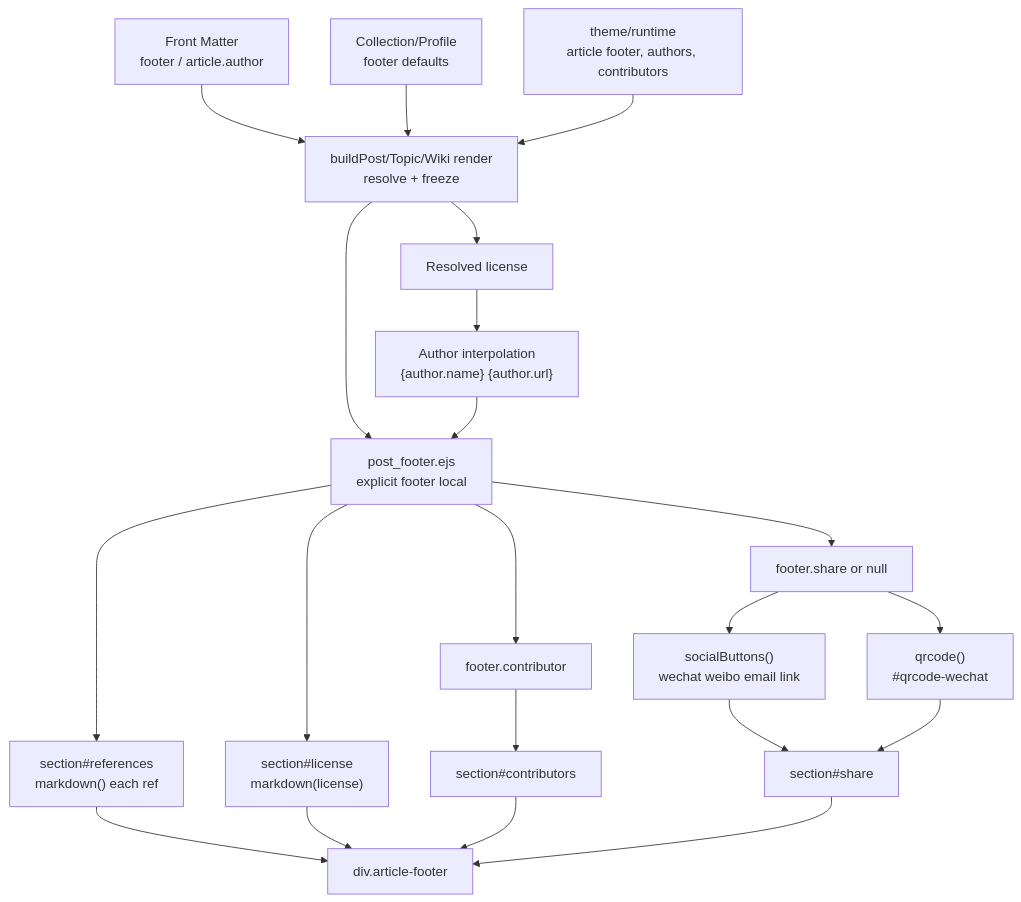
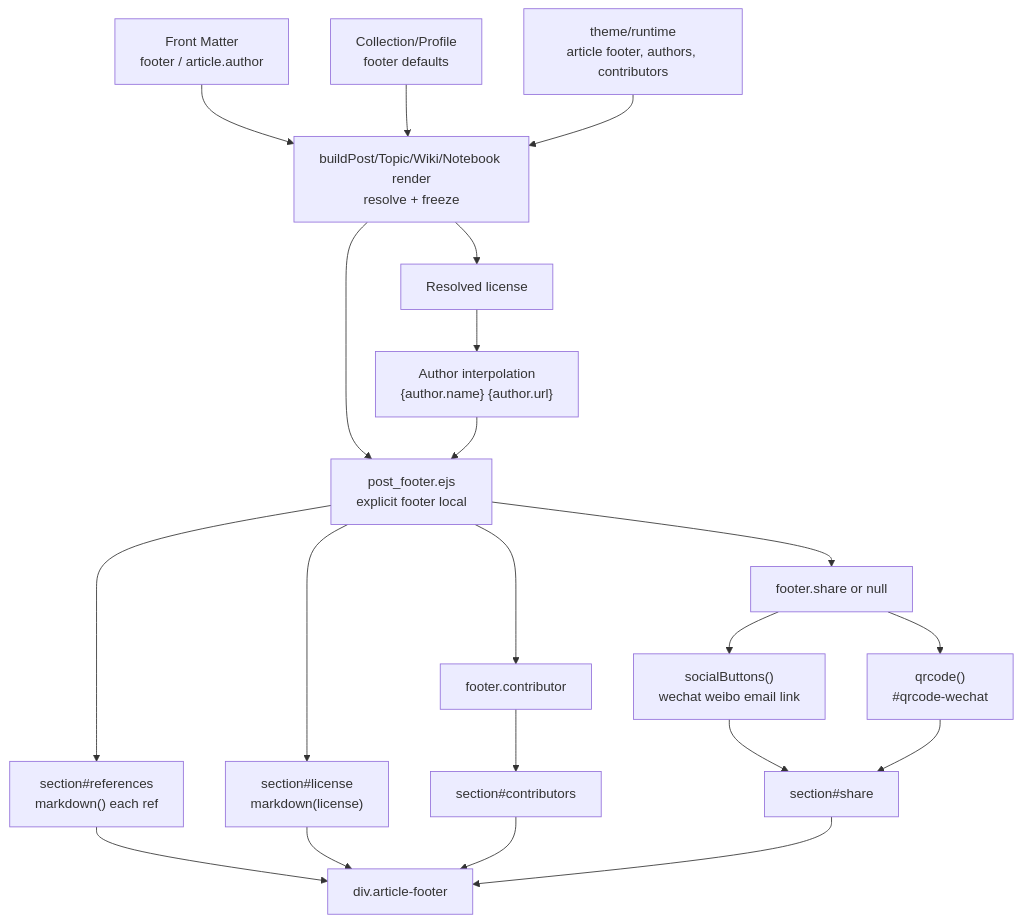
Before and after one commit to xaoxuu/hexo-theme-stellar: the fourth of 4 diagrams in docs/knowledge/03-内容系统/article-footer-metadata.md, drawn with Mermaid. The commit also changed other lines of this file and 44 other files, not shown here.

````diff
--- a/docs/knowledge/03-内容系统/article-footer-metadata.md
+++ b/docs/knowledge/03-内容系统/article-footer-metadata.md
@@ -272,33 +272,33 @@
 ```mermaid
 flowchart TD
   pageData["Front Matter\nfooter / article.author"]
   collection["Collection/Profile\nfooter defaults"]
   themeConfig["theme/runtime\narticle footer, authors, contributors"]
-  model["buildPost/Topic/Wiki render\nresolve + freeze"]
+  model["buildPost/Topic/Wiki/Notebook render\nresolve + freeze"]
   ejs["post_footer.ejs\nexplicit footer local"]
 
   secRef["section#references\nmarkdown() each ref"]
   licResolve["Resolved license"]
   authorInterp["Author interpolation\n{author.name} {author.url}"]
   secLic["section#license\nmarkdown(license)"]
   contribPartial["footer.contributor"]
   secCon["section#contributors"]
   shareVis["footer.share or null"]
   socialBtns["socialButtons()\nwechat weibo email link"]
   qrcode["qrcode()\n#qrcode-wechat"]
   secShr["section#share"]
   output["div.article-footer"]
 
   pageData --> model
   collection --> model
   themeConfig --> model
   model --> ejs
   ejs --> secRef
   model --> licResolve --> authorInterp
   authorInterp --> ejs
   ejs --> secLic
   ejs --> contribPartial --> secCon
   ejs --> shareVis --> socialBtns --> secShr
   shareVis --> qrcode --> secShr
   secRef & secLic & secCon & secShr --> output
 ```
````
